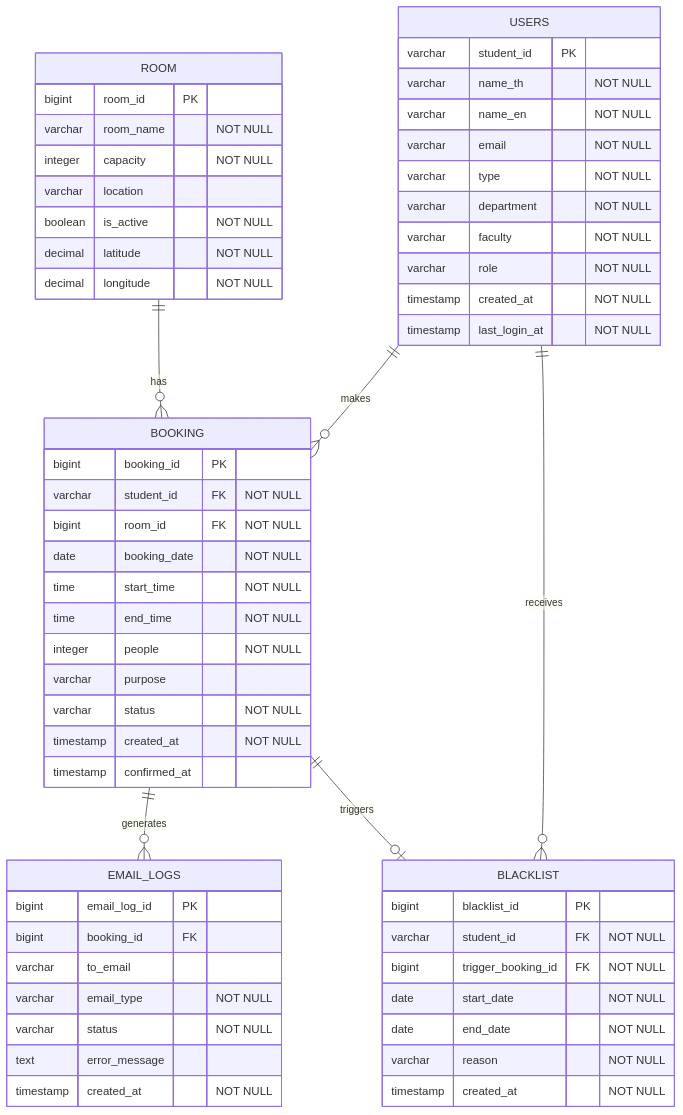
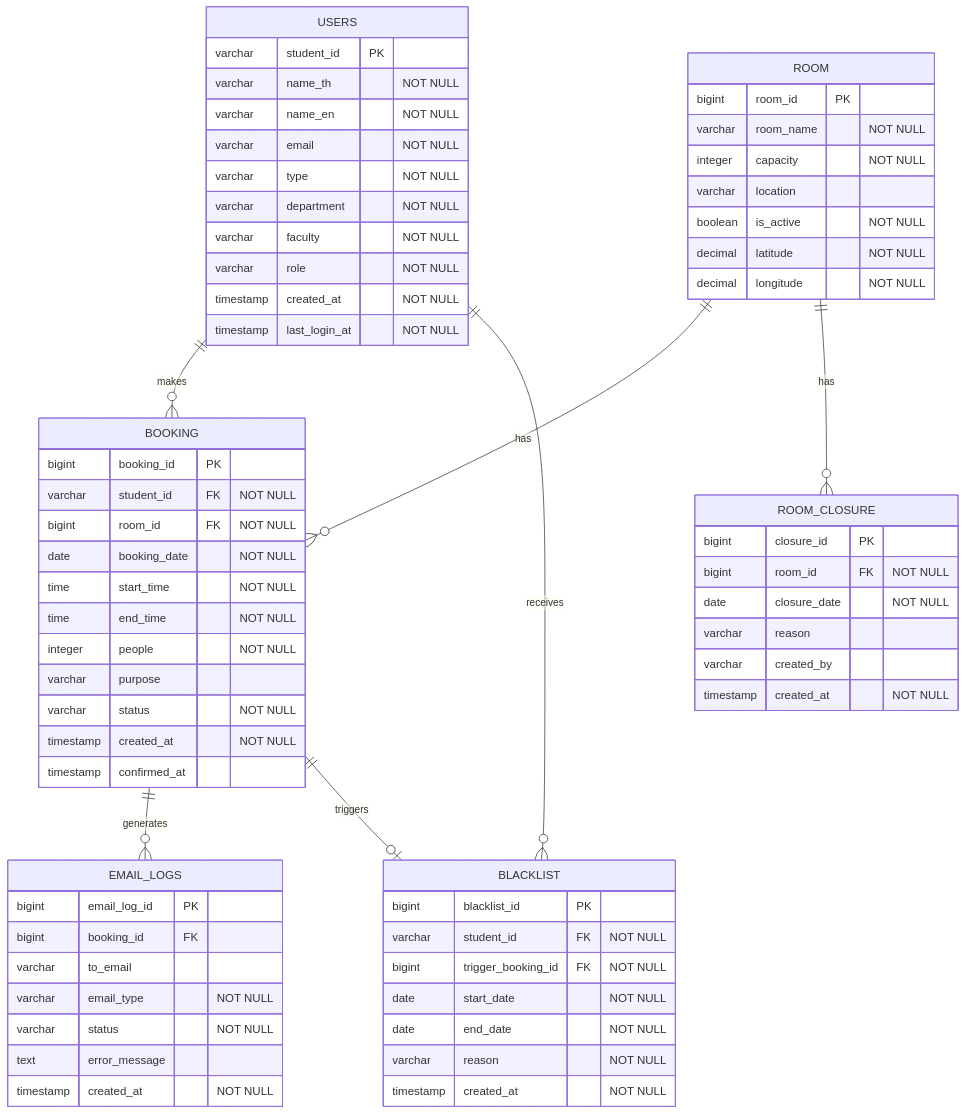
Before and after one commit to niairi/cs261_650001_group8: the diagram in database/ERD.md, drawn with Mermaid. The commit also changed other lines of this file and 3 other files, not shown here.

Commit message:
feat: add room closure database and update ERD

````diff
--- a/database/ERD.md
+++ b/database/ERD.md
@@ -5,67 +5,78 @@
 ```mermaid
 erDiagram
 
     USERS ||--o{ BOOKING : makes
     ROOM ||--o{ BOOKING : has
     BOOKING ||--o{ EMAIL_LOGS : generates
 
     USERS ||--o{ BLACKLIST : receives
     BOOKING ||--o| BLACKLIST : triggers
+    ROOM ||--o{ ROOM_CLOSURE : has
 
     USERS {
         varchar student_id PK
         varchar name_th "NOT NULL"
         varchar name_en "NOT NULL"
         varchar email "NOT NULL"
         varchar type "NOT NULL"
         varchar department "NOT NULL"
         varchar faculty "NOT NULL"
         varchar role "NOT NULL"
         timestamp created_at "NOT NULL"
         timestamp last_login_at "NOT NULL"
     }
 
     ROOM {
         bigint room_id PK
         varchar room_name "NOT NULL"
         integer capacity "NOT NULL"
         varchar location
         boolean is_active "NOT NULL"
         decimal latitude "NOT NULL"
         decimal longitude "NOT NULL"
     }
 
     BOOKING {
         bigint booking_id PK
         varchar student_id FK "NOT NULL"
         bigint room_id FK "NOT NULL"
         date booking_date "NOT NULL"
         time start_time "NOT NULL"
         time end_time "NOT NULL"
         integer people "NOT NULL"
         varchar purpose
         varchar status "NOT NULL"
         timestamp created_at "NOT NULL"
         timestamp confirmed_at
     }
 
     EMAIL_LOGS {
         bigint email_log_id PK
         bigint booking_id FK
         varchar to_email
         varchar email_type "NOT NULL"
         varchar status "NOT NULL"
         text error_message
         timestamp created_at "NOT NULL"
     }
 
     BLACKLIST {
         bigint blacklist_id PK
         varchar student_id FK "NOT NULL"
         bigint trigger_booking_id FK "NOT NULL"
         date start_date "NOT NULL"
         date end_date "NOT NULL"
         varchar reason "NOT NULL"
         timestamp created_at "NOT NULL"
     }
+        
+    ROOM_CLOSURE {
+        bigint closure_id PK
+        bigint room_id FK "NOT NULL"
+        date closure_date "NOT NULL"
+        varchar reason
+        varchar created_by
+        timestamp created_at "NOT NULL"
+    }
+
 ```
````
